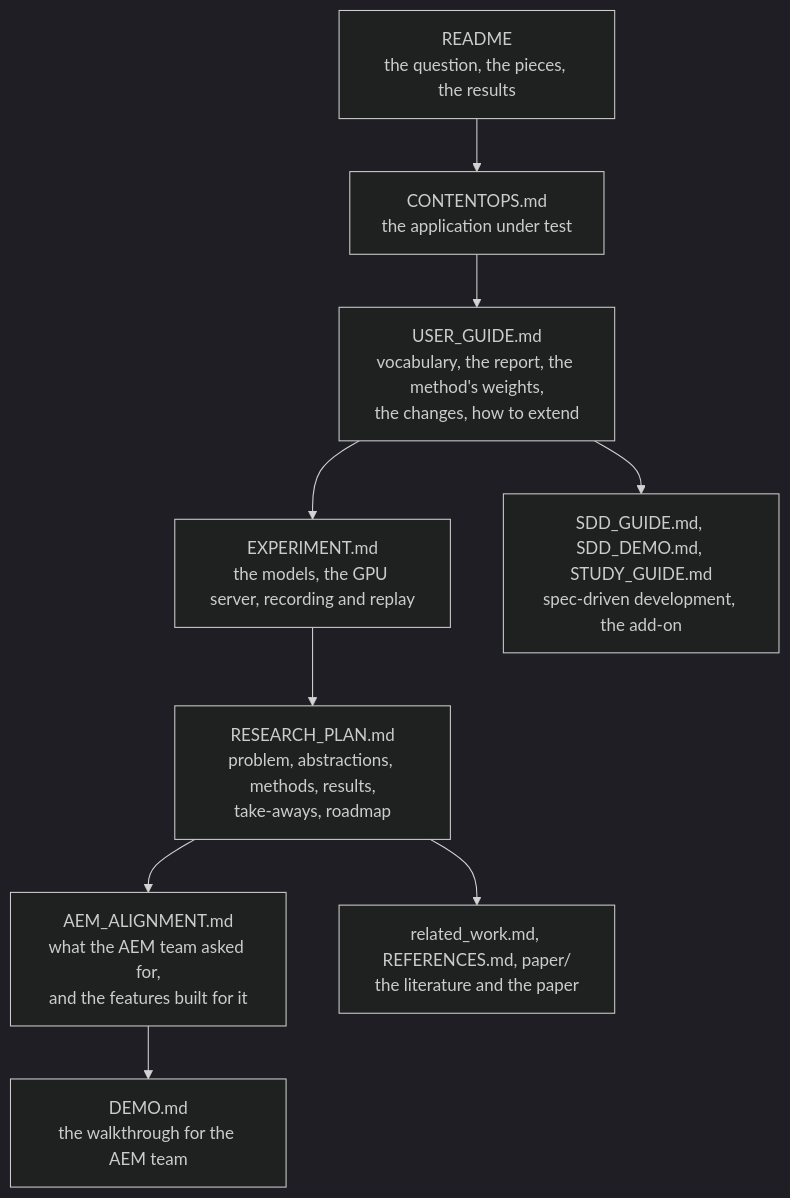
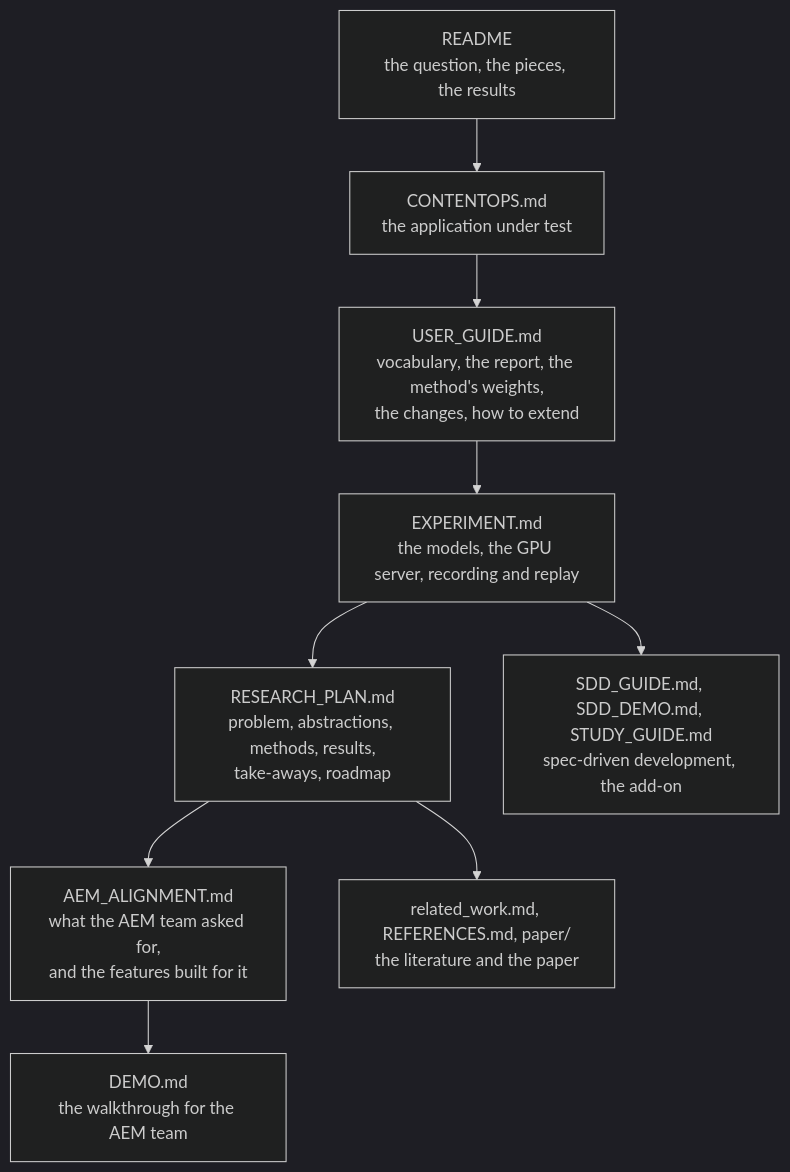
One commit to unibuc-cs/TestingTheAgents changed the diagram in trace-eval/docs/README.md. Above: the diagram before and after it, drawn with Mermaid (dark theme). The commit also changed other lines of this file and 17 other files, not shown here.

````diff
--- a/trace-eval/docs/README.md
+++ b/trace-eval/docs/README.md
@@ -29,11 +29,11 @@
 ```mermaid
 flowchart TD
     R["README<br/>the question, the pieces, the results"] --> A["CONTENTOPS.md<br/>the application under test"]
     A --> U["USER_GUIDE.md<br/>vocabulary, the report, the method's weights,<br/>the changes, how to extend"]
     U --> X["EXPERIMENT.md<br/>the models, the GPU server, recording and replay"]
     X --> P["RESEARCH_PLAN.md<br/>problem, abstractions, methods, results,<br/>take-aways, roadmap"]
     P --> M["AEM_ALIGNMENT.md<br/>what the AEM team asked for,<br/>and the features built for it"]
     M --> D["DEMO.md<br/>the walkthrough for the AEM team"]
-    U --> S["SDD_GUIDE.md, SDD_DEMO.md, STUDY_GUIDE.md<br/>spec-driven development, the add-on"]
+    X --> S["SDD_GUIDE.md, SDD_DEMO.md, STUDY_GUIDE.md<br/>spec-driven development, the add-on"]
     P --> W["related_work.md, REFERENCES.md, paper/<br/>the literature and the paper"]
 ```
````
